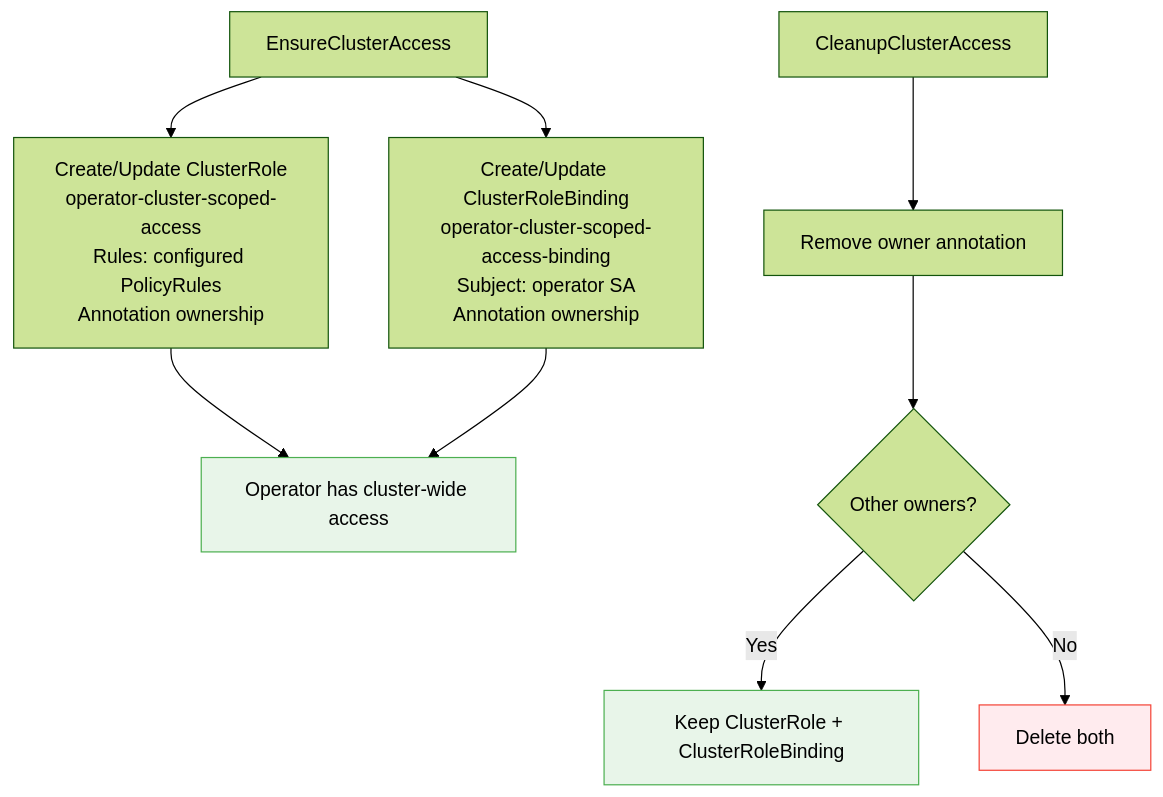
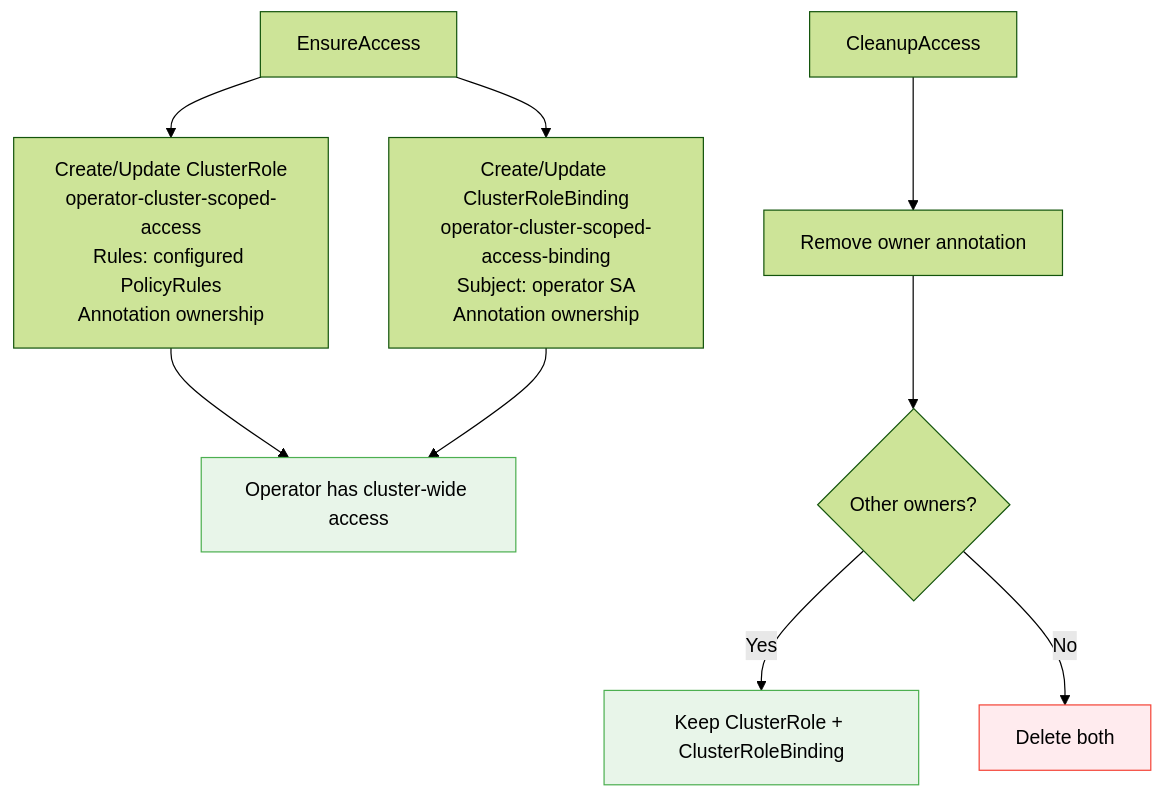
One commit to ugiordan/operator-security-runtime changed the fourth of 5 diagrams in docs/TECHNICAL_DESIGN.md. Above: the diagram before and after it, drawn with Mermaid (forest theme). The commit also changed 7 other files, not shown here.

````diff
--- a/docs/TECHNICAL_DESIGN.md
+++ b/docs/TECHNICAL_DESIGN.md
@@ -321,16 +321,16 @@
 ```mermaid
 flowchart TD
-    A[EnsureClusterAccess] --> B["Create/Update ClusterRole\noperator-cluster-scoped-access\nRules: configured PolicyRules\nAnnotation ownership"]
+    A[EnsureAccess] --> B["Create/Update ClusterRole\noperator-cluster-scoped-access\nRules: configured PolicyRules\nAnnotation ownership"]
     A --> C["Create/Update ClusterRoleBinding\noperator-cluster-scoped-access-binding\nSubject: operator SA\nAnnotation ownership"]
     B --> D[Operator has cluster-wide access]
     C --> D
 
-    E[CleanupClusterAccess] --> F["Remove owner annotation"]
+    E[CleanupAccess] --> F["Remove owner annotation"]
     F --> G{Other owners?}
     G -- Yes --> H[Keep ClusterRole + ClusterRoleBinding]
     G -- No --> I[Delete both]
 
     style D fill:#e8f5e9,stroke:#4CAF50
     style I fill:#ffebee,stroke:#f44336
     style H fill:#e8f5e9,stroke:#4CAF50
 ```
````
